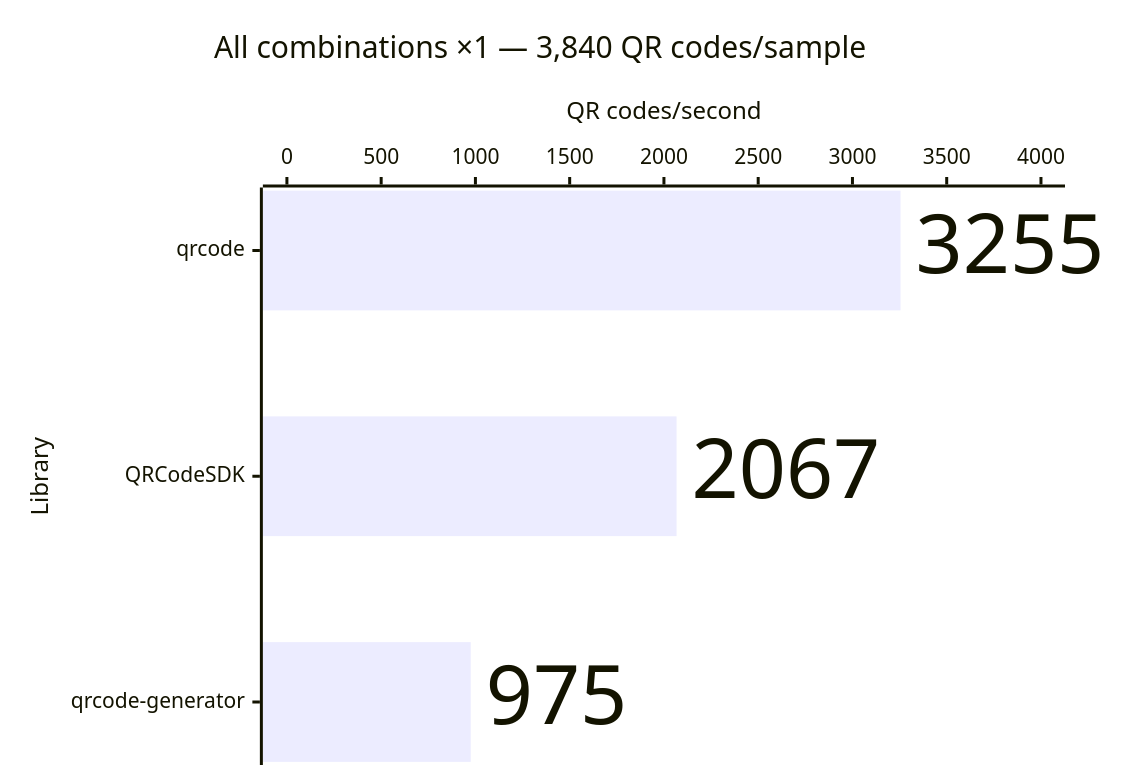
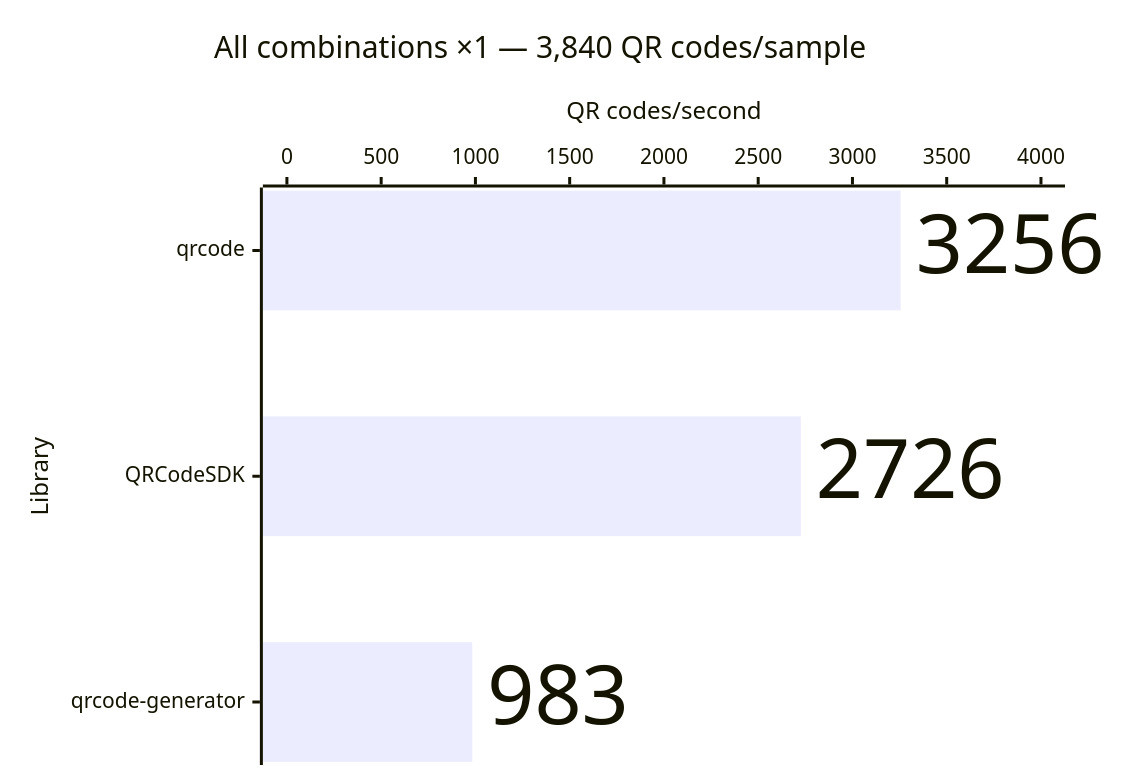
Before and after one commit to Dafnik/qrcodesdk: diagram 11 of 14 in apps/docs/src/content/docs/learn/performance.md, drawn with Mermaid. The commit also changed other lines of this file and 417 other files, not shown here.

````diff
--- a/apps/docs/src/content/docs/learn/performance.md
+++ b/apps/docs/src/content/docs/learn/performance.md
@@ -230,15 +230,15 @@
 ```mermaid
 ---
 config:
   xyChart:
     showDataLabel: true
     showDataLabelOutsideBar: true
 ---
 xychart horizontal
   accTitle: SVG generation: All combinations ×1 — 3,840 QR codes/sample
-  accDescr: Throughput calculated from median time. qrcode 3,255 QR codes per second, QRCodeSDK 2,067 QR codes per second, qrcode-generator 975 QR codes per second. Higher is better.
+  accDescr: Throughput calculated from median time. qrcode 3,256 QR codes per second, QRCodeSDK 2,726 QR codes per second, qrcode-generator 983 QR codes per second. Higher is better.
   title "All combinations ×1 — 3,840 QR codes/sample"
   x-axis "Library" ["qrcode", "QRCodeSDK", "qrcode-generator"]
   y-axis "QR codes/second" 0 --> 4000
-  bar [3255, 2067, 975]
+  bar [3256, 2726, 983]
 ```
````
